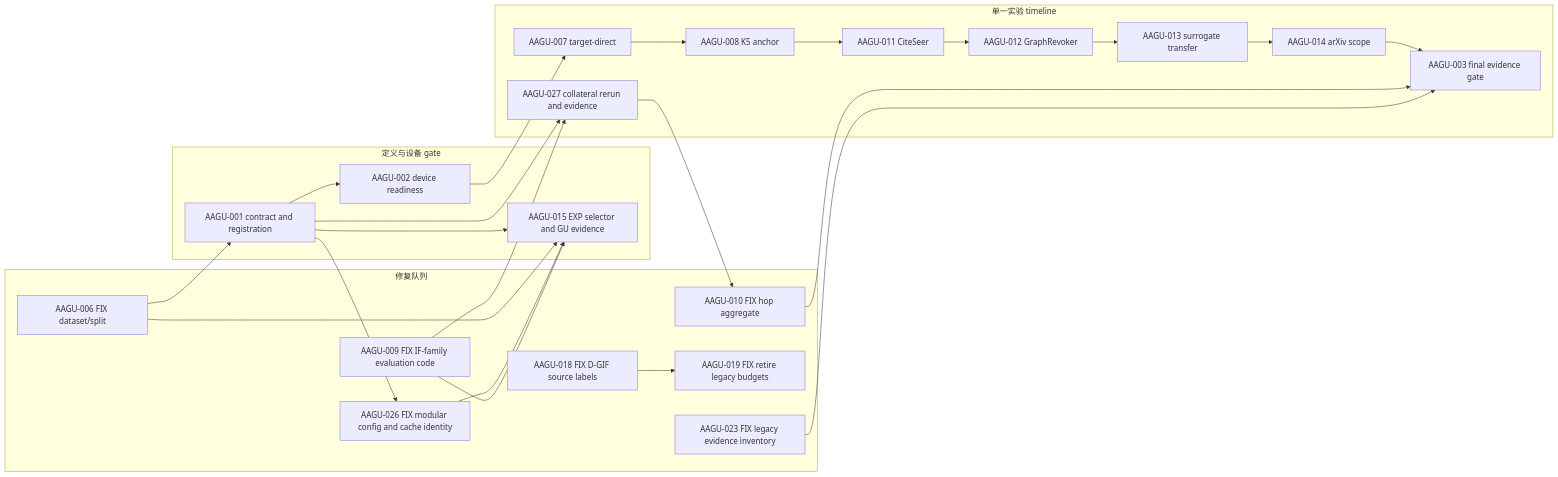
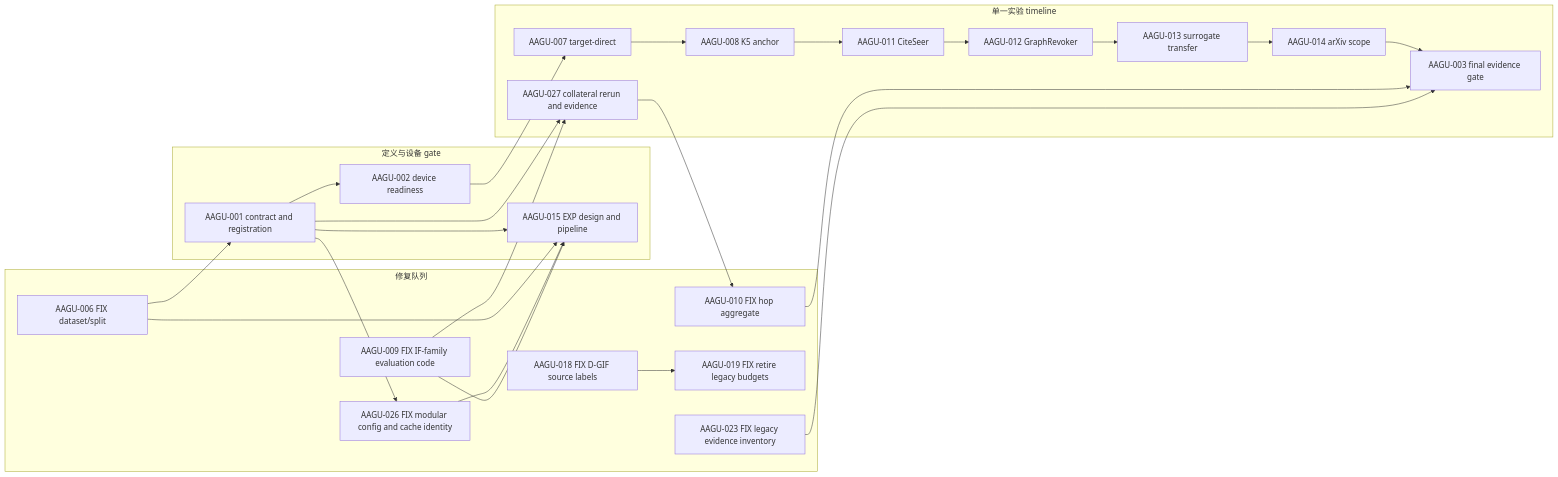
Before and after one commit to lelelelelelelelelelelelele/OpenGU: the diagram in GULib-master/self/dashboard/WORKPLAN.md, drawn with Mermaid. The commit also changed other lines of this file and 6 other files, not shown here.

Commit message:
docs(AAGU-015): align scope to experiment design and pipeline

````diff
--- a/GULib-master/self/dashboard/WORKPLAN.md
+++ b/GULib-master/self/dashboard/WORKPLAN.md
@@ -75,43 +75,43 @@
 ```mermaid
 flowchart LR
   subgraph Repair[修复队列]
     R0[AAGU-006 FIX dataset/split]
     R1[AAGU-009 FIX IF-family evaluation code]
     R2[AAGU-010 FIX hop aggregate]
     R3[AAGU-018 FIX D-GIF source labels]
     R4[AAGU-019 FIX retire legacy budgets]
     R5[AAGU-023 FIX legacy evidence inventory]
     R6[AAGU-026 FIX modular config and cache identity]
     R3 --> R4
   end
 
   subgraph Gates[定义与设备 gate]
-    T0[AAGU-015 EXP selector and GU evidence]
+    T0[AAGU-015 EXP design and pipeline]
     G0[AAGU-001 contract and registration]
     G1[AAGU-002 device readiness]
     R0 --> G0 --> T0
     R0 --> T0
     R6 --> T0
     R1 --> T0
     G0 --> G1
   end
 
   subgraph Experiments[单一实验 timeline]
     X0[AAGU-007 target-direct]
     X1[AAGU-008 K5 anchor]
     X2[AAGU-011 CiteSeer]
     X3[AAGU-012 GraphRevoker]
     X4[AAGU-013 surrogate transfer]
     X5[AAGU-014 arXiv scope]
     X6[AAGU-027 collateral rerun and evidence]
     G2[AAGU-003 final evidence gate]
     X0 --> X1 --> X2 --> X3 --> X4 --> X5 --> G2
   end
 
   G1 --> X0
   G0 --> R6
   G0 --> X6
   R1 --> X6 --> R2
   R2 --> G2
   R5 --> G2
 ```
````
